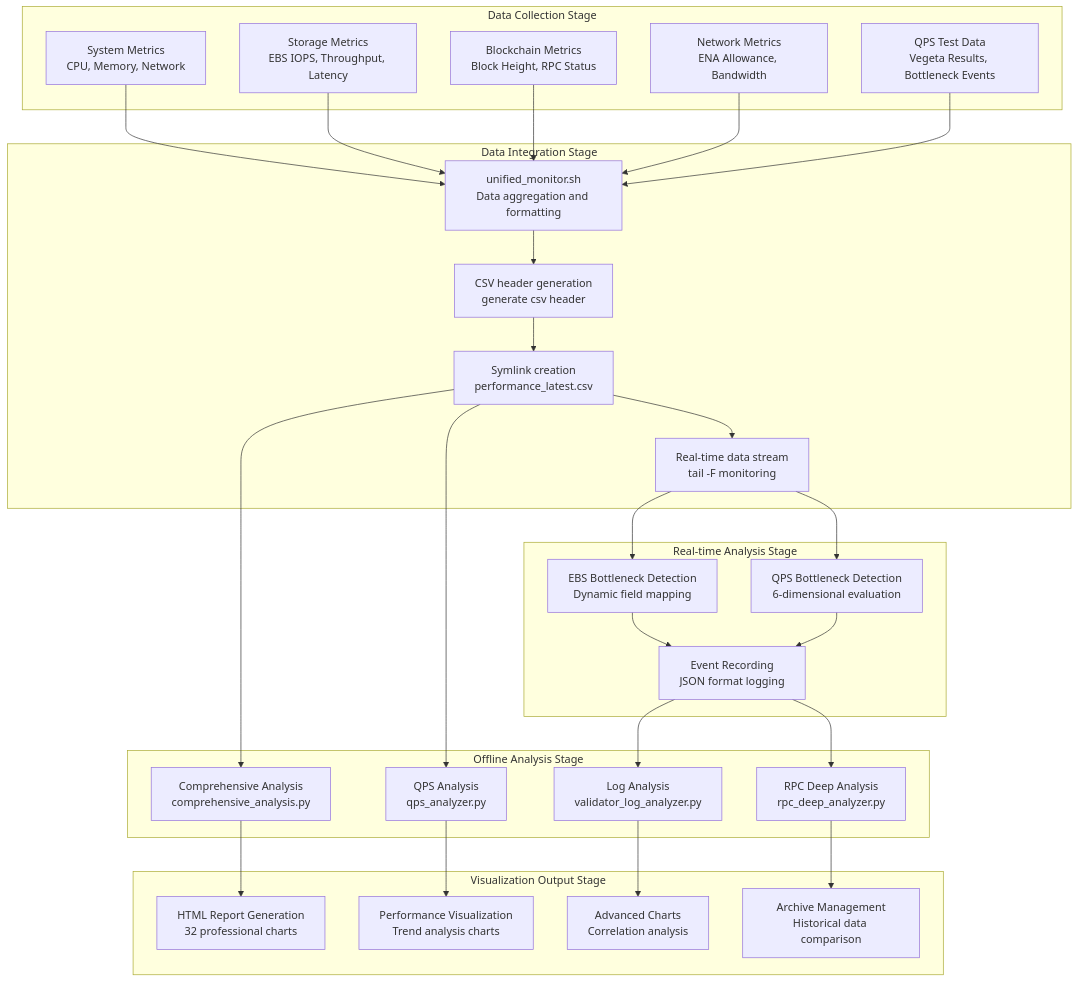
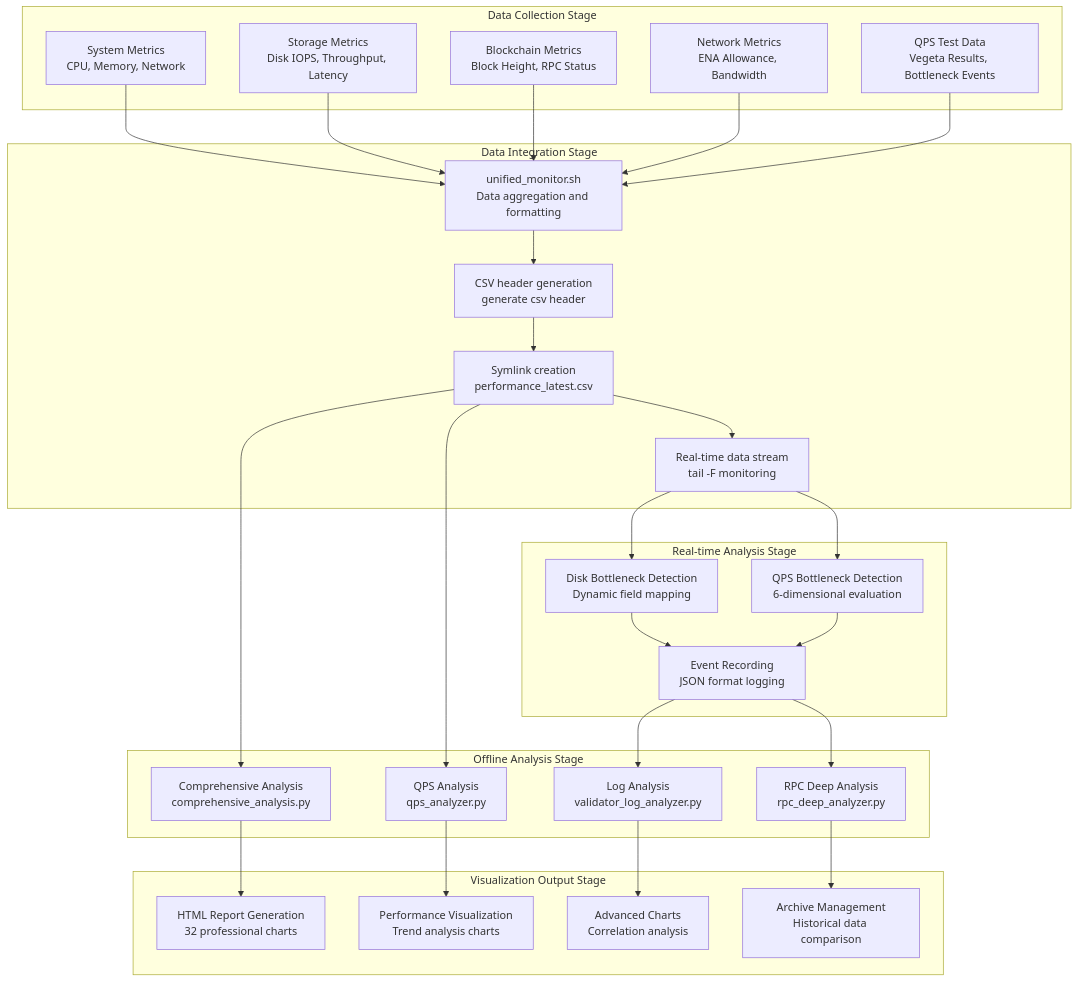
Before and after one commit to StayHungryStayFoolish/blockchain-node-benchmark: the fifth of 6 diagrams in docs/data-architecture.md, drawn with Mermaid. The commit also changed other lines of this file and 77 other files, not shown here.

````diff
--- a/docs/data-architecture.md
+++ b/docs/data-architecture.md
@@ -151,62 +151,62 @@
 ```mermaid
 graph TB
     subgraph "Data Collection Stage"
         A1[System Metrics<br/>CPU, Memory, Network]
-        A2[Storage Metrics<br/>EBS IOPS, Throughput, Latency]
+        A2[Storage Metrics<br/>Disk IOPS, Throughput, Latency]
         A3[Blockchain Metrics<br/>Block Height, RPC Status]
         A4[Network Metrics<br/>ENA Allowance, Bandwidth]
         A5[QPS Test Data<br/>Vegeta Results, Bottleneck Events]
     end
     
     subgraph "Data Integration Stage"
         B1[unified_monitor.sh<br/>Data aggregation and formatting]
         B2[CSV header generation<br/>generate csv header]
         B3[Symlink creation<br/>performance_latest.csv]
         B4[Real-time data stream<br/>tail -F monitoring]
     end
     
     subgraph "Real-time Analysis Stage"
-        C1[EBS Bottleneck Detection<br/>Dynamic field mapping]
+        C1[Disk Bottleneck Detection<br/>Dynamic field mapping]
         C2[QPS Bottleneck Detection<br/>6-dimensional evaluation]
         C3[Event Recording<br/>JSON format logging]
     end
     
     subgraph "Offline Analysis Stage"
         D1[Comprehensive Analysis<br/>comprehensive_analysis.py]
         D2[QPS Analysis<br/>qps_analyzer.py]
         D3[Log Analysis<br/>validator_log_analyzer.py]
         D4[RPC Deep Analysis<br/>rpc_deep_analyzer.py]
     end
     
     subgraph "Visualization Output Stage"
         E1[HTML Report Generation<br/>32 professional charts]
         E2[Performance Visualization<br/>Trend analysis charts]
         E3[Advanced Charts<br/>Correlation analysis]
         E4[Archive Management<br/>Historical data comparison]
     end
     
     A1 --> B1
     A2 --> B1
     A3 --> B1
     A4 --> B1
     A5 --> B1
     
     B1 --> B2
     B2 --> B3
     B3 --> B4
     
     B4 --> C1
     B4 --> C2
     C1 --> C3
     C2 --> C3
     
     B3 --> D1
     B3 --> D2
     C3 --> D3
     C3 --> D4
     
     D1 --> E1
     D2 --> E2
     D3 --> E3
     D4 --> E4
 ```
````
